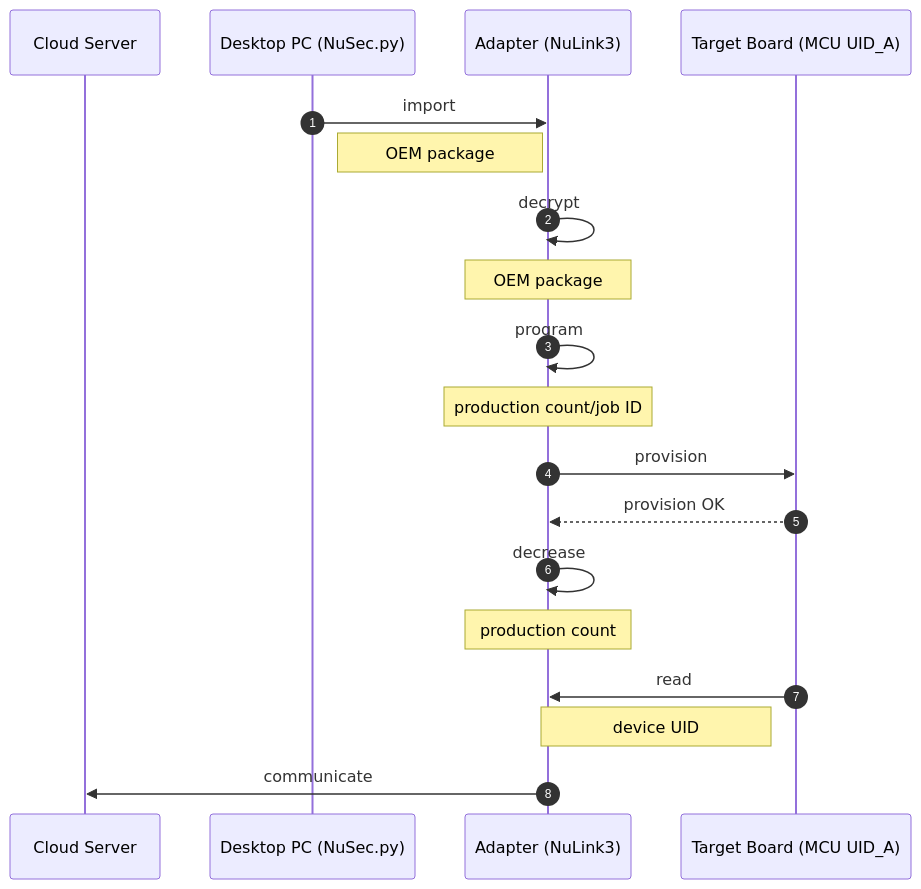
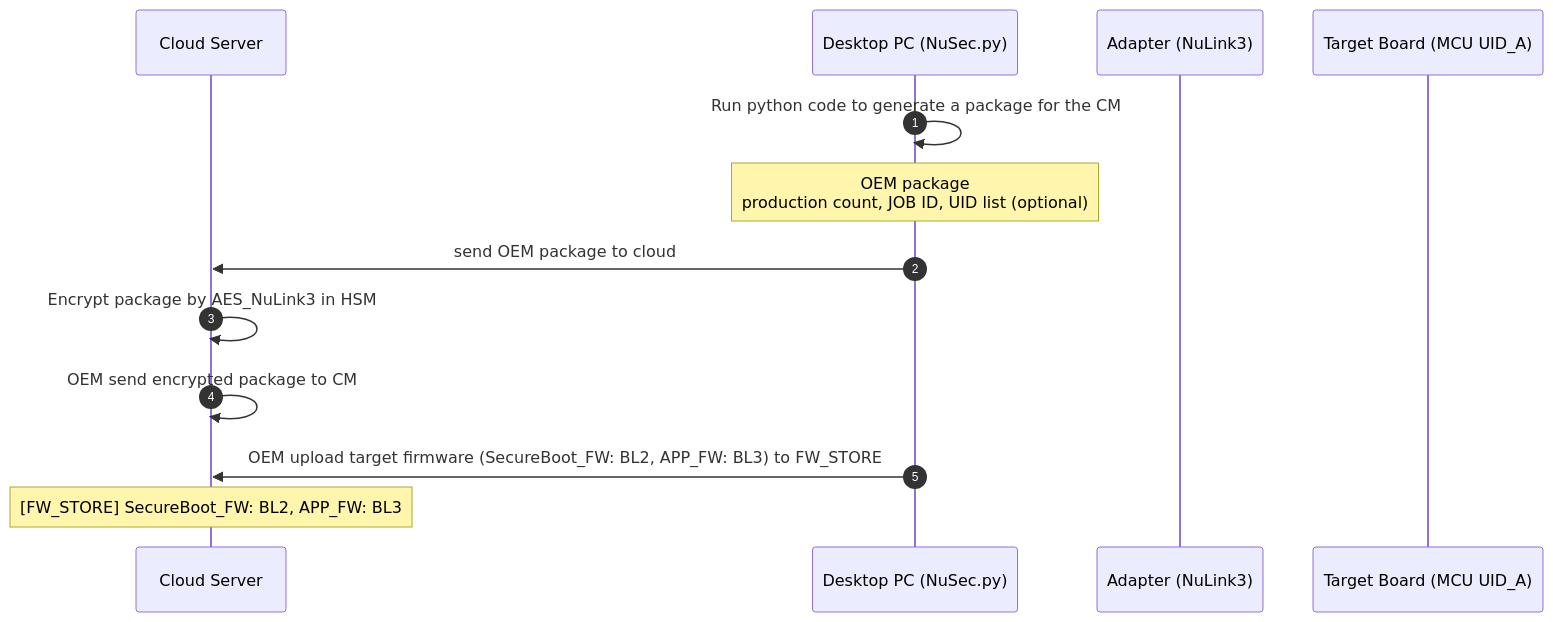
One commit to ccma1120/NuSEC_System changed the diagram in 2. oem_package_export.md. Above: the diagram before and after it, drawn with Mermaid.

Commit message:
Update 2. oem_package_export.md

````diff
--- a/2. oem_package_export.md
+++ b/2. oem_package_export.md
@@ -1,21 +1,15 @@
 ```mermaid
 sequenceDiagram
     autonumber
 	participant c as Cloud Server
 	participant d as Desktop PC (NuSec.py)
 	participant a as Adapter (NuLink3)
 	participant t as Target Board (MCU UID_A)
-    d ->> a: import
-    note right of d: OEM package
-    a ->> a: decrypt
-    note over a: OEM package
-    a ->> a: program
-    note over a: production count/job ID
-    a ->> t: provision
-    t-->> a: provision OK
-    a ->> a: decrease
-    note over a: production count
-    t ->> a: read
-    note left of t: device UID
-    a ->> c: communicate
+    d ->> d: Run python code to generate a package for the CM
+    note over d: OEM package <br/> production count, JOB ID, UID list (optional)
+    d ->> c: send OEM package to cloud
+    c ->> c: Encrypt package by AES_NuLink3 in HSM
+    c ->> c: OEM send encrypted package to CM 
+    d ->> c: OEM upload target firmware (SecureBoot_FW: BL2, APP_FW: BL3) to FW_STORE
+    note over c: [FW_STORE] SecureBoot_FW: BL2, APP_FW: BL3
 ```
````
